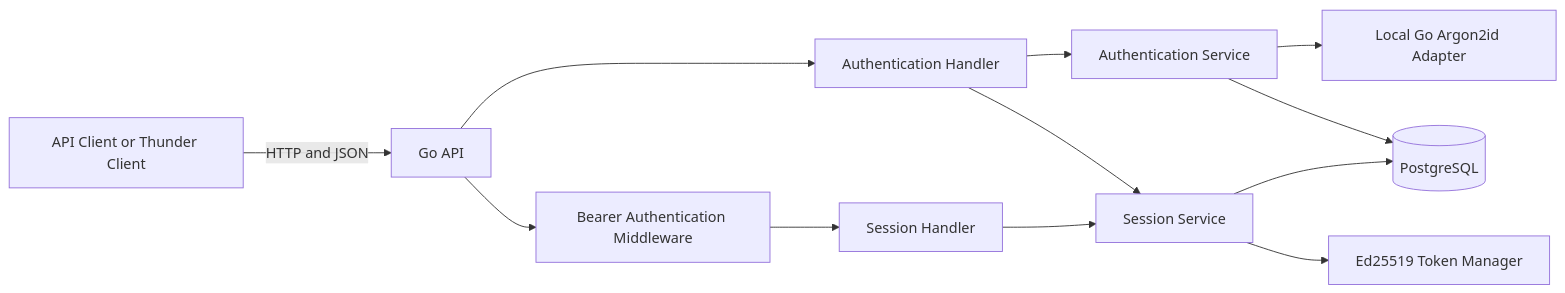
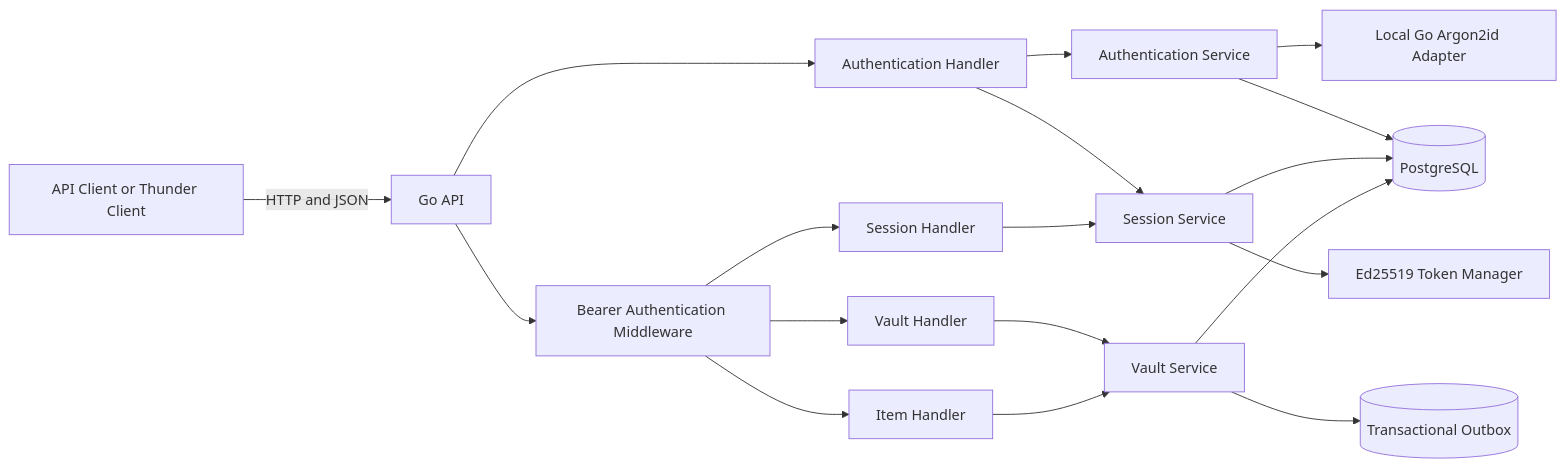
One commit to martinrgarciap/vaultforge changed the first of 7 diagrams in docs/architecture.md. Above: the diagram before and after it, drawn with Mermaid. The commit also changed other lines of this file and 29 other files, not shown here.

Commit message:
Add vault item HTTP workflows

````diff
--- a/docs/architecture.md
+++ b/docs/architecture.md
@@ -20,25 +20,35 @@
 ```mermaid
 flowchart LR
     C[API Client or Thunder Client]
     A[Go API]
     AH[Authentication Handler]
     SH[Session Handler]
+    VH[Vault Handler]
+    IH[Item Handler]
     M[Bearer Authentication Middleware]
     AS[Authentication Service]
     SS[Session Service]
+    VS[Vault Service]
     H[Local Go Argon2id Adapter]
     T[Ed25519 Token Manager]
     P[(PostgreSQL)]
+    O[(Transactional Outbox)]
 
     C -->|HTTP and JSON| A
     A --> AH
     A --> M
     M --> SH
+    M --> VH
+    M --> IH
     AH --> AS
     AH --> SS
     SH --> SS
+    VH --> VS
+    IH --> VS
     AS --> H
+    SS --> T
     AS --> P
-    SS --> T
     SS --> P
+    VS --> P
+    VS --> O
 ```
````
